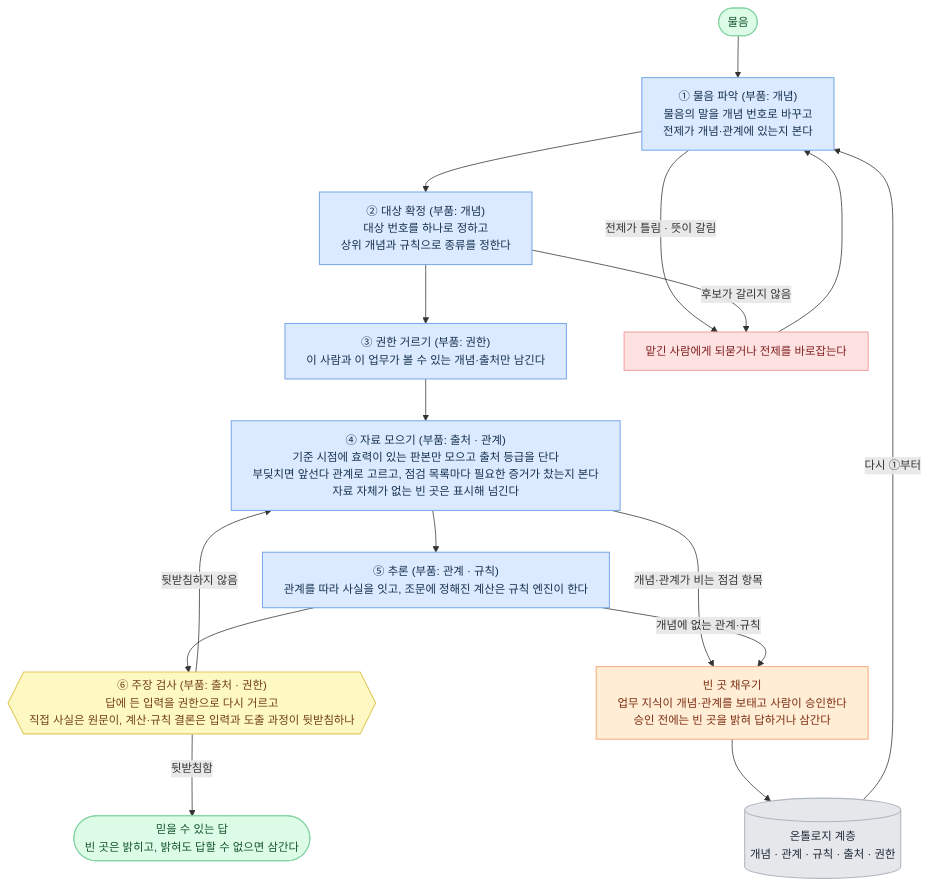
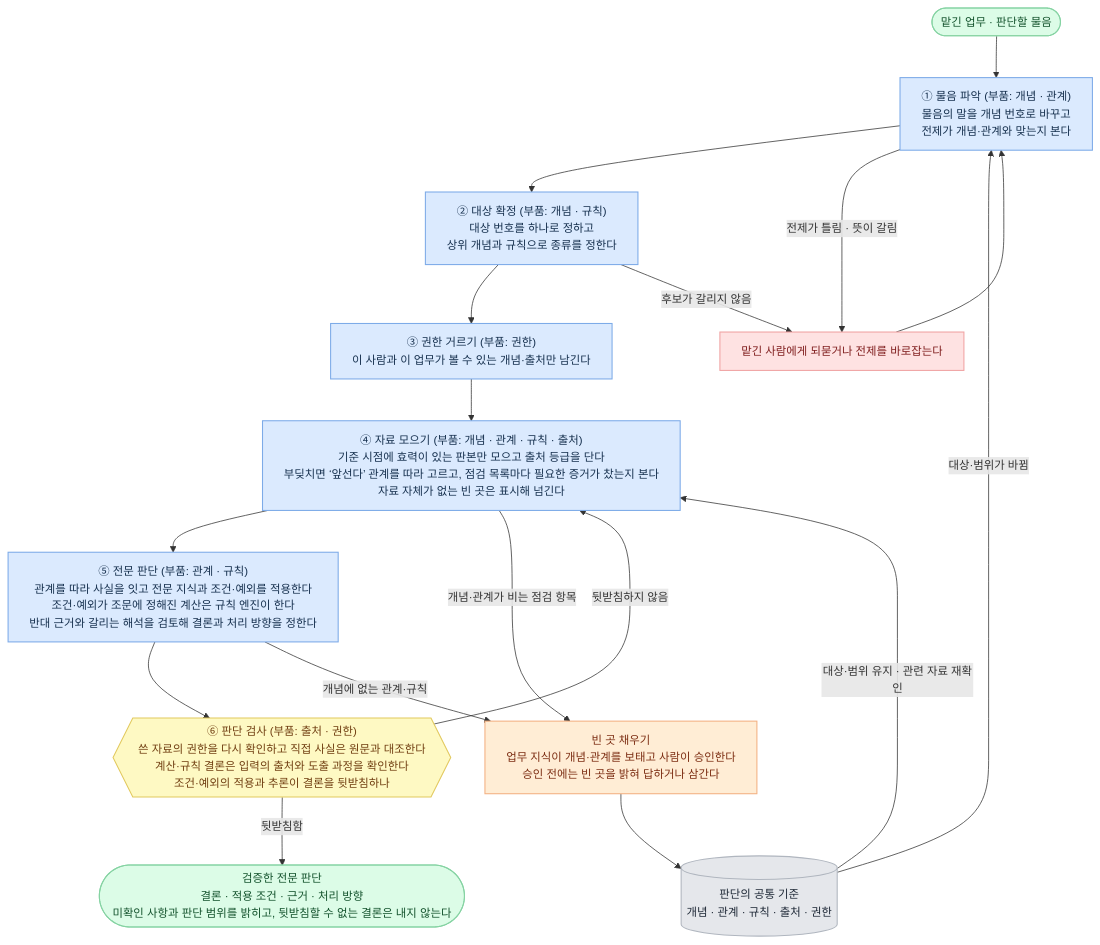
The eighth of 8 diagrams in 전문가 에이전트 정의 1.md (harisbaguette/expert), drawn with Mermaid before and after one commit. The commit also changed other lines of this file and 12 other files, not shown here.

Commit message:
정의 1 — 전문 판단의 신뢰성 절의 어색한 문장을 쉬운 한국어로 고침: 뜻 안 풀린 말(온톨로지·규칙 엔진·LLM Wiki·사람이 끼는 다섯 경우) 그 자리에서 풀기, 잘못 이름 '낡음→낡은 자료'·'부딪침→잘못 앞세움', 까닭 칸에 까닭이 아닌 내용 정리, 그림 읽는 법·로컬 링크·되풀이 문장 삭제. 이 절이 가리키는 그림 12장도 함께 올림

````diff
--- a/전문가 에이전트 정의 1.md
+++ b/전문가 에이전트 정의 1.md
@@ -1216,33 +1333,34 @@
 ```mermaid
 %%{init: {"flowchart": {"wrappingWidth": 640, "curve": "basis", "nodeSpacing": 45, "rankSpacing": 55, "padding": 14, "useMaxWidth": true}, "themeVariables": {"fontSize": "15px"}} }%%
 flowchart TB
-    Q(["물음"]):::good
-    P["① 물음 파악 (부품: 개념)<br/>물음의 말을 개념 번호로 바꾸고<br/>전제가 개념·관계에 있는지 본다"]:::main
-    T["② 대상 확정 (부품: 개념)<br/>대상 번호를 하나로 정하고<br/>상위 개념과 규칙으로 종류를 정한다"]:::main
+    Q(["맡긴 업무 · 판단할 물음"]):::good
+    P["① 물음 파악 (부품: 개념 · 관계)<br/>물음의 말을 개념 번호로 바꾸고<br/>전제가 개념·관계와 맞는지 본다"]:::main
+    T["② 대상 확정 (부품: 개념 · 규칙)<br/>대상 번호를 하나로 정하고<br/>상위 개념과 규칙으로 종류를 정한다"]:::main
     R["③ 권한 거르기 (부품: 권한)<br/>이 사람과 이 업무가 볼 수 있는 개념·출처만 남긴다"]:::main
-    D["④ 자료 모으기 (부품: 출처 · 관계)<br/>기준 시점에 효력이 있는 판본만 모으고 출처 등급을 단다<br/>부딪치면 앞선다 관계로 고르고, 점검 목록마다 필요한 증거가 찼는지 본다<br/>자료 자체가 없는 빈 곳은 표시해 넘긴다"]:::main
-    I["⑤ 추론 (부품: 관계 · 규칙)<br/>관계를 따라 사실을 잇고, 조문에 정해진 계산은 규칙 엔진이 한다"]:::main
-    C{{"⑥ 주장 검사 (부품: 출처 · 권한)<br/>답에 든 입력을 권한으로 다시 거르고<br/>직접 사실은 원문이, 계산·규칙 결론은 입력과 도출 과정이 뒷받침하나"}}:::note
-    A(["믿을 수 있는 답<br/>빈 곳은 밝히고, 밝혀도 답할 수 없으면 삼간다"]):::good
+    D["④ 자료 모으기 (부품: 개념 · 관계 · 규칙 · 출처)<br/>기준 시점에 효력이 있는 판본만 모으고 출처 등급을 단다<br/>부딪치면 ‘앞선다’ 관계를 따라 고르고, 점검 목록마다 필요한 증거가 찼는지 본다<br/>자료 자체가 없는 빈 곳은 표시해 넘긴다"]:::main
+    I["⑤ 전문 판단 (부품: 관계 · 규칙)<br/>관계를 따라 사실을 잇고 전문 지식과 조건·예외를 적용한다<br/>조건·예외가 조문에 정해진 계산은 규칙 엔진이 한다<br/>반대 근거와 갈리는 해석을 검토해 결론과 처리 방향을 정한다"]:::main
+    C{{"⑥ 판단 검사 (부품: 출처 · 권한)<br/>쓴 자료의 권한을 다시 확인하고 직접 사실은 원문과 대조한다<br/>계산·규칙 결론은 입력의 출처와 도출 과정을 확인한다<br/>조건·예외의 적용과 추론이 결론을 뒷받침하나"}}:::note
+    A(["검증한 전문 판단<br/>결론 · 적용 조건 · 근거 · 처리 방향<br/>미확인 사항과 판단 범위를 밝히고, 뒷받침할 수 없는 결론은 내지 않는다"]):::good
     ASK["맡긴 사람에게 되묻거나 전제를 바로잡는다"]:::stop
     GAP["빈 곳 채우기<br/>업무 지식이 개념·관계를 보태고 사람이 승인한다<br/>승인 전에는 빈 곳을 밝혀 답하거나 삼간다"]:::back
-    ONT[("온톨로지 계층<br/>개념 · 관계 · 규칙 · 출처 · 권한")]:::store
+    ONT[("판단의 공통 기준<br/>개념 · 관계 · 규칙 · 출처 · 권한")]:::store
 
     Q --> P --> T --> R --> D --> I --> C
     C -- "뒷받침함" --> A
     P -- "전제가 틀림 · 뜻이 갈림" --> ASK
     T -- "후보가 갈리지 않음" --> ASK
     ASK --> P
     C -- "뒷받침하지 않음" --> D
     D -- "개념·관계가 비는 점검 항목" --> GAP
     I -- "개념에 없는 관계·규칙" --> GAP
     GAP --> ONT
-    ONT -- "다시 ①부터" --> P
+    ONT -- "대상·범위가 바뀜" --> P
+    ONT -- "대상·범위 유지 · 관련 자료 재확인" --> D
 
     classDef main fill:#dbeafe,stroke:#7dabe8,stroke-width:1.4px,color:#17314f
     classDef stop fill:#fee2e2,stroke:#f0a3a3,stroke-width:1.4px,color:#7f1d1d
     classDef back fill:#ffedd5,stroke:#f3b183,stroke-width:1.4px,color:#7c2d12
     classDef store fill:#e5e7eb,stroke:#b0b6bf,stroke-width:1.4px,color:#1f2937
     classDef good fill:#dcfce7,stroke:#86d3a3,stroke-width:1.4px,color:#14532d
     classDef note fill:#fef9c3,stroke:#e2c95f,stroke-width:1.4px,color:#713f12
 ```
````
